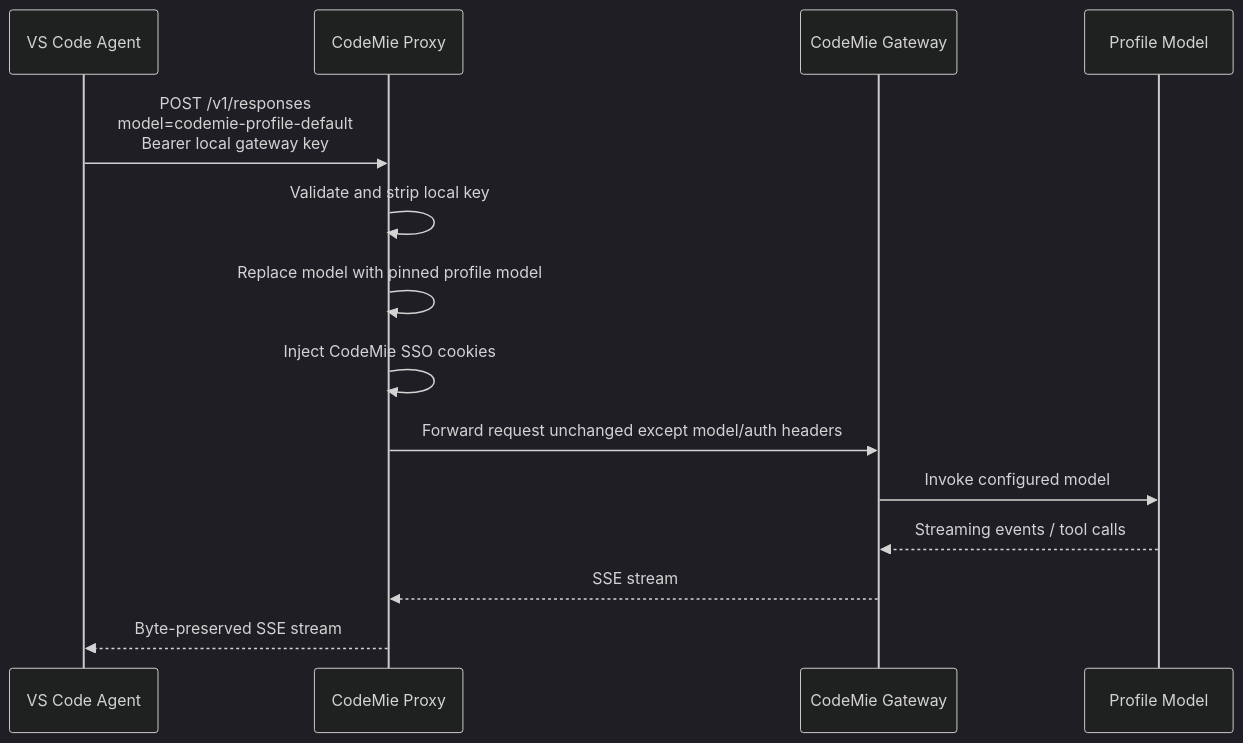
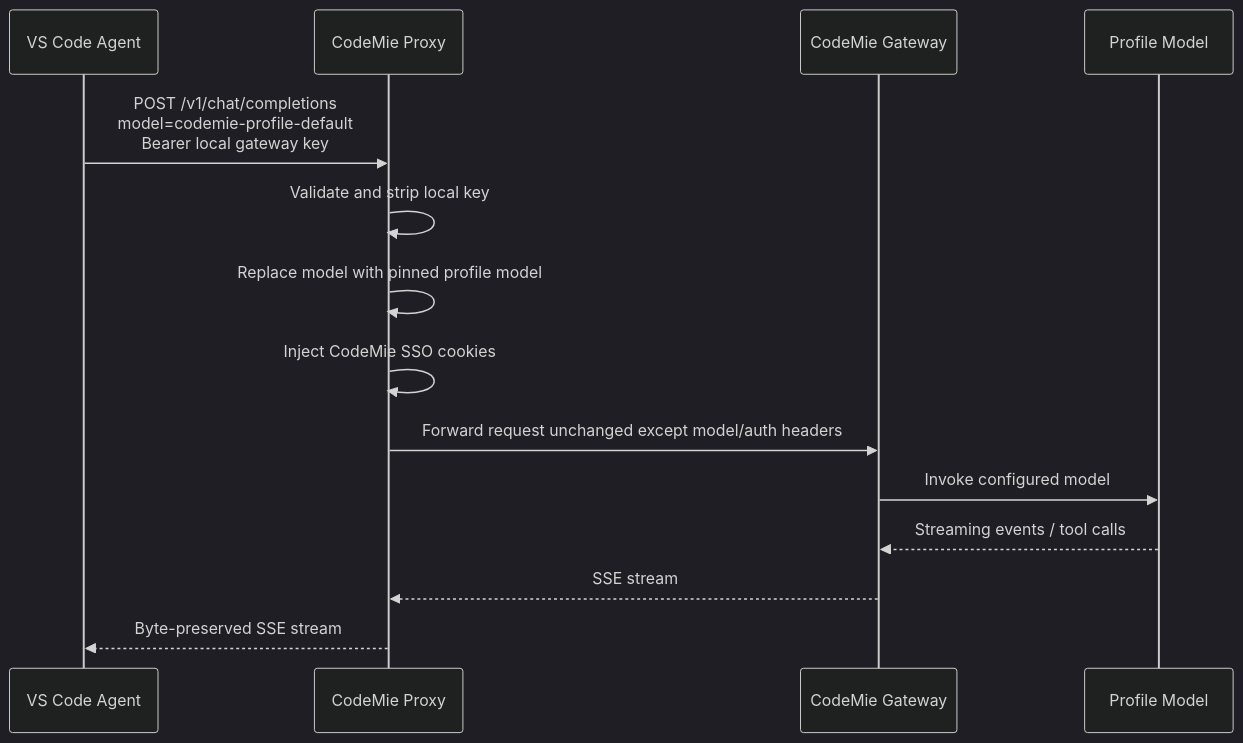
Before and after one commit to codemie-ai/codemie-code: the diagram in docs/ARCHITECTURE-PROXY.md, drawn with Mermaid (dark theme). The commit also changed other lines of this file and 15 other files, not shown here.

````diff
--- a/docs/ARCHITECTURE-PROXY.md
+++ b/docs/ARCHITECTURE-PROXY.md
@@ -717,17 +719,17 @@
 ```mermaid
 sequenceDiagram
     participant VS as VS Code Agent
     participant PX as CodeMie Proxy
     participant GW as CodeMie Gateway
     participant LM as Profile Model
 
-    VS->>PX: POST /v1/responses<br/>model=codemie-profile-default<br/>Bearer local gateway key
+    VS->>PX: POST /v1/chat/completions<br/>model=codemie-profile-default<br/>Bearer local gateway key
     PX->>PX: Validate and strip local key
     PX->>PX: Replace model with pinned profile model
     PX->>PX: Inject CodeMie SSO cookies
     PX->>GW: Forward request unchanged except model/auth headers
     GW->>LM: Invoke configured model
     LM-->>GW: Streaming events / tool calls
     GW-->>PX: SSE stream
     PX-->>VS: Byte-preserved SSE stream
 ```
````
